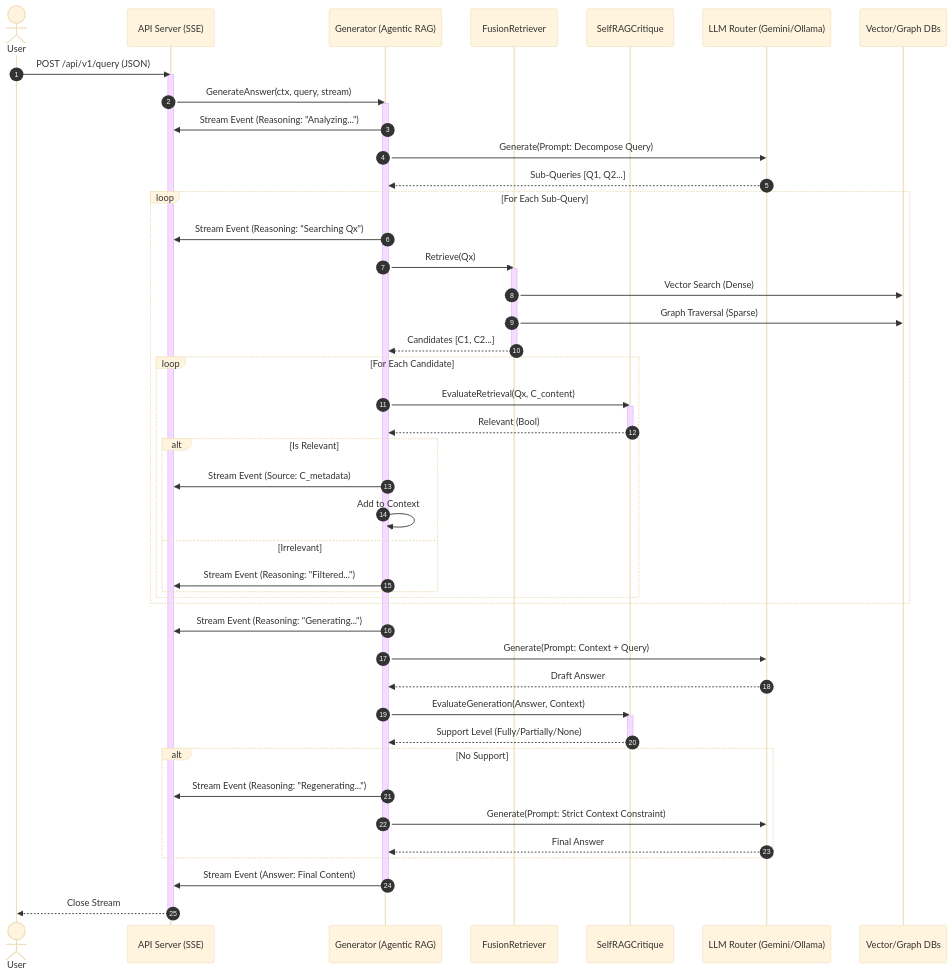
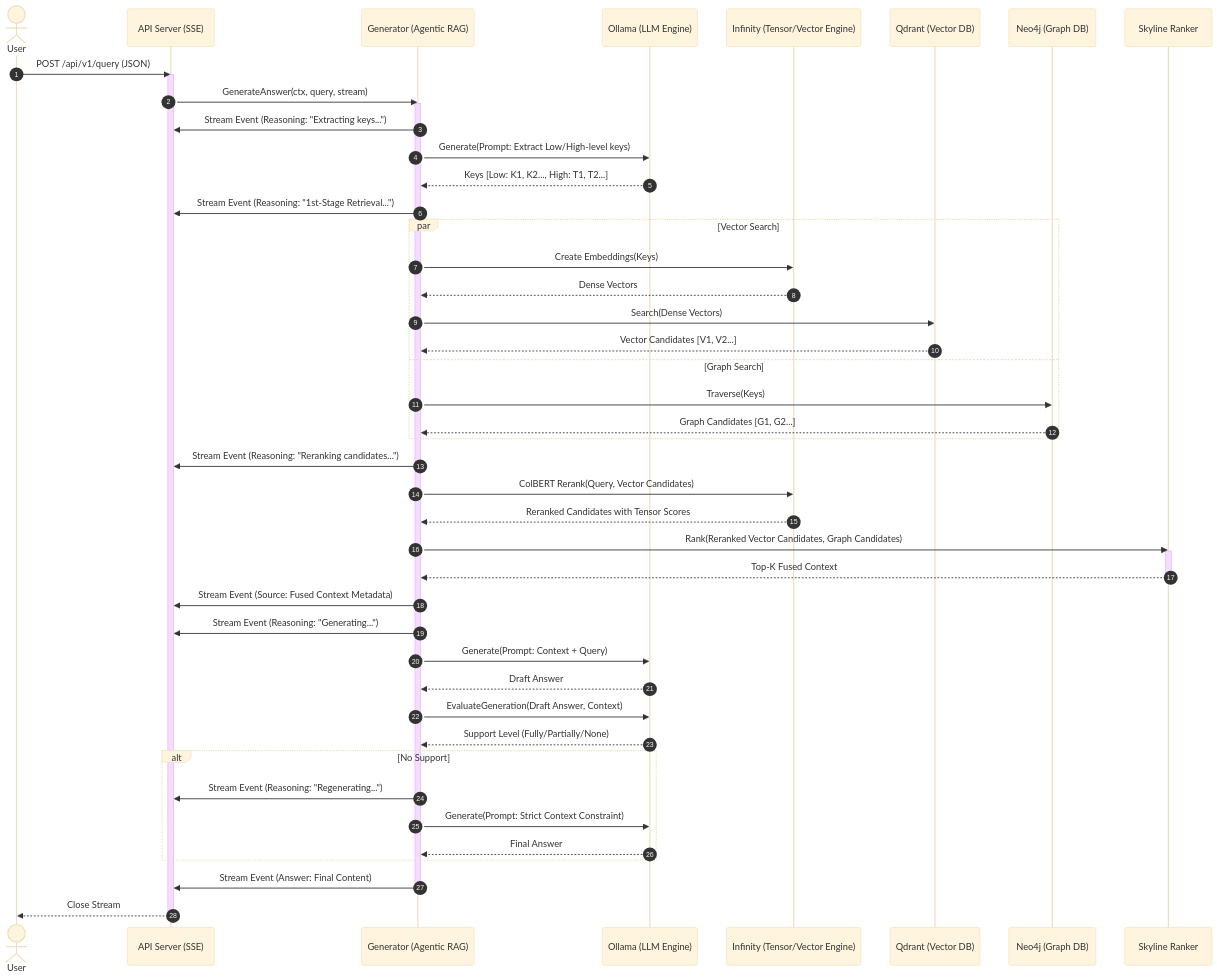
The third of 3 diagrams in booksage/ARCHITECTURE.md (tamara1031/booksage), drawn with Mermaid (base theme) before and after one commit. The commit also changed other lines of this file and 10 other files, not shown here.

First line of the commit message:
Refactor inference pipeline to LightRAG + Two-Stage Retrieval + Skyline Fusion

````diff
--- a/booksage/ARCHITECTURE.md
+++ b/booksage/ARCHITECTURE.md
@@ -234,70 +240,67 @@
 ```mermaid
 sequenceDiagram
     autonumber
     actor User
     participant Server as API Server (SSE)
     participant Gen as Generator (Agentic RAG)
-    participant Ret as FusionRetriever
-    participant Crit as SelfRAGCritique
-    participant LLM as LLM Router (Gemini/Ollama)
-    participant DB as Vector/Graph DBs
+    participant Ollama as Ollama (LLM Engine)
+    participant Inf as Infinity (Tensor/Vector Engine)
+    participant DB_V as Qdrant (Vector DB)
+    participant DB_G as Neo4j (Graph DB)
+    participant Sky as Skyline Ranker
 
     User->>Server: POST /api/v1/query (JSON)
     activate Server
     Server->>Gen: GenerateAnswer(ctx, query, stream)
     activate Gen
 
-    %% Step 1: CoR Decomposition
-    Gen->>Server: Stream Event (Reasoning: "Analyzing...")
-    Gen->>LLM: Generate(Prompt: Decompose Query)
-    LLM-->>Gen: Sub-Queries [Q1, Q2...]
+    %% Step 1: Query Extraction (LightRAG)
+    Gen->>Server: Stream Event (Reasoning: "Extracting keys...")
+    Gen->>Ollama: Generate(Prompt: Extract Low/High-level keys)
+    Ollama-->>Gen: Keys [Low: K1, K2..., High: T1, T2...]
 
-    loop For Each Sub-Query
-        Gen->>Server: Stream Event (Reasoning: "Searching Qx")
-
-        %% Step 2: Fusion Retrieval
-        Gen->>Ret: Retrieve(Qx)
-        activate Ret
-        Ret->>DB: Vector Search (Dense)
-        Ret->>DB: Graph Traversal (Sparse)
-        Ret-->>Gen: Candidates [C1, C2...]
-        deactivate Ret
-
-        %% Step 3: Retrieval Critique
-        loop For Each Candidate
-            Gen->>Crit: EvaluateRetrieval(Qx, C_content)
-            activate Crit
-            Crit-->>Gen: Relevant (Bool)
-            deactivate Crit
-
-            alt Is Relevant
-                Gen->>Server: Stream Event (Source: C_metadata)
-                Gen->>Gen: Add to Context
-            else Irrelevant
-                Gen->>Server: Stream Event (Reasoning: "Filtered...")
-            end
-        end
+    %% Step 2: Parallel 1st-Stage Retrieval
+    Gen->>Server: Stream Event (Reasoning: "1st-Stage Retrieval...")
+    par Vector Search
+        Gen->>Inf: Create Embeddings(Keys)
+        Inf-->>Gen: Dense Vectors
+        Gen->>DB_V: Search(Dense Vectors)
+        DB_V-->>Gen: Vector Candidates [V1, V2...]
+    and Graph Search
+        Gen->>DB_G: Traverse(Keys)
+        DB_G-->>Gen: Graph Candidates [G1, G2...]
     end
 
-    %% Step 4: Generation
+    %% Step 3: 2nd-Stage Tensor Reranking
+    Gen->>Server: Stream Event (Reasoning: "Reranking candidates...")
+    Gen->>Inf: ColBERT Rerank(Query, Vector Candidates)
+    Inf-->>Gen: Reranked Candidates with Tensor Scores
+
+    %% Step 4: Skyline Fusion (BookRAG)
+    Gen->>Sky: Rank(Reranked Vector Candidates, Graph Candidates)
+    activate Sky
+    Sky-->>Gen: Top-K Fused Context
+    deactivate Sky
+
+    Gen->>Server: Stream Event (Source: Fused Context Metadata)
+
+    %% Step 5: Generation
     Gen->>Server: Stream Event (Reasoning: "Generating...")
-    Gen->>LLM: Generate(Prompt: Context + Query)
-    LLM-->>Gen: Draft Answer
+    Gen->>Ollama: Generate(Prompt: Context + Query)
+    Ollama-->>Gen: Draft Answer
 
-    %% Step 5: Generation Critique
-    Gen->>Crit: EvaluateGeneration(Answer, Context)
-    activate Crit
-    Crit-->>Gen: Support Level (Fully/Partially/None)
-    deactivate Crit
+    %% Step 6: Self-RAG Critique
+    Gen->>Ollama: EvaluateGeneration(Draft Answer, Context)
+    Ollama-->>Gen: Support Level (Fully/Partially/None)
 
     alt No Support
         Gen->>Server: Stream Event (Reasoning: "Regenerating...")
-        Gen->>LLM: Generate(Prompt: Strict Context Constraint)
-        LLM-->>Gen: Final Answer
+        Gen->>Ollama: Generate(Prompt: Strict Context Constraint)
+        Ollama-->>Gen: Final Answer
     end
 
     Gen->>Server: Stream Event (Answer: Final Content)
     deactivate Gen
     Server-->>User: Close Stream
     deactivate Server
 ```
````
